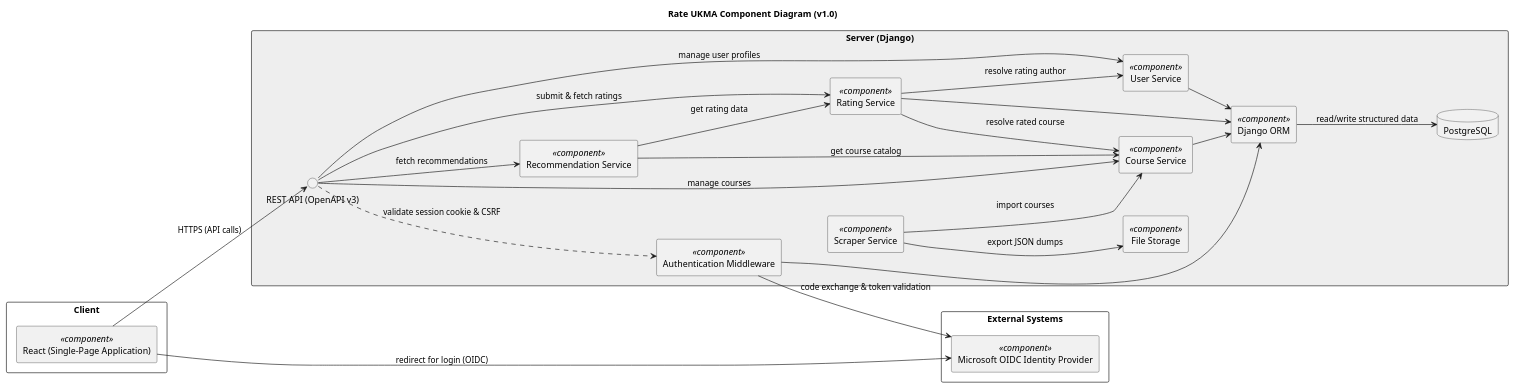
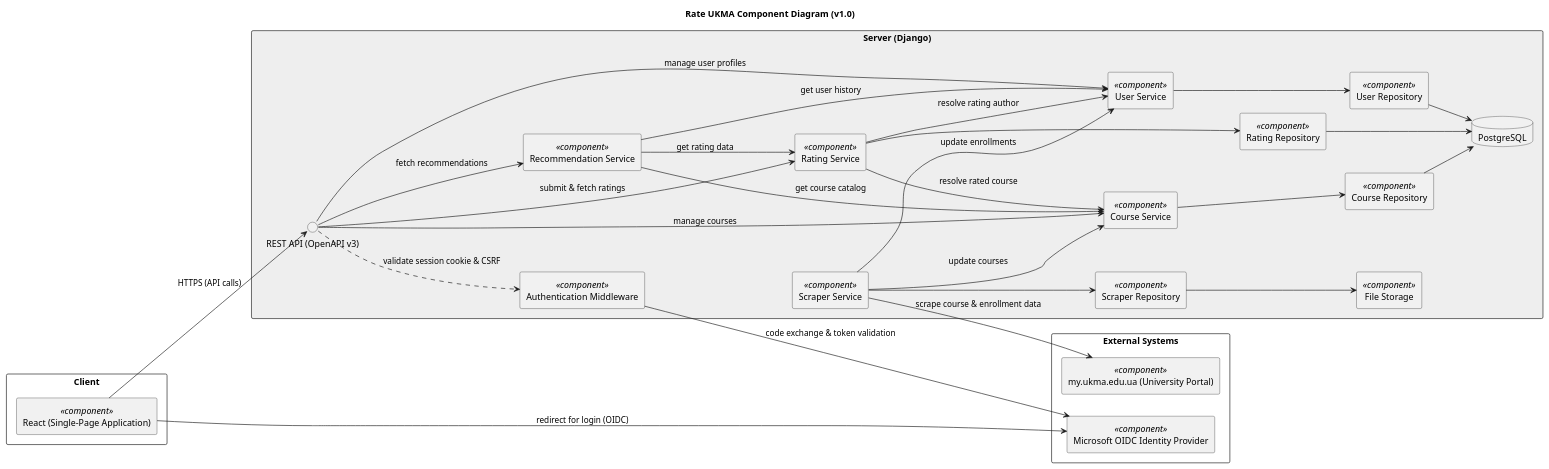
One commit to ukma-cs-ssdm-2025/rate-ukma changed the diagram in docs/architecture/uml/component-diagram.puml. Above: the diagram before and after it, drawn with PlantUML. The commit also changed 1 other file, not shown here.

Commit message:
docs(#30): add repositories, ukma portal and missing relations

```diff
--- a/docs/architecture/uml/component-diagram.puml
+++ b/docs/architecture/uml/component-diagram.puml
@@ -1,58 +1,67 @@
 @startuml component-diagram
 title Rate UKMA Component Diagram (v1.0)
 
 skinparam componentStyle rectangle
 skinparam packageStyle rectangle
 left to right direction
 
 package "Client" {
   [React (Single-Page Application)] <<component>> as WebApp
 }
 
 package "External Systems" {
   [Microsoft OIDC Identity Provider] <<component>> as MicrosoftOIDC
+  [my.ukma.edu.ua (University Portal)] <<component>> as UkmaPortal
 }
 
 package "Server (Django)" #EEE {
 
   interface "REST API (OpenAPI v3)" as RestFacade
 
   [Authentication Middleware] <<component>> as AuthMiddleware
   [Recommendation Service]   <<component>> as RecommendationService
   [Rating Service]           <<component>> as RatingService
   [Course Service]           <<component>> as CourseService
   [User Service]             <<component>> as UserService
   [Scraper Service]          <<component>> as ScraperService
-  [Django ORM]               <<component>> as DjangoORM
-  [File Storage]             <<component>> as FileStorage
-  
-  database "PostgreSQL" as PostgreSQL
+
+  [Course Repository]        <<component>> as CourseRepository
+  [Rating Repository]        <<component>> as RatingRepository
+  [User Repository]          <<component>> as UserRepository
+  [Scraper Repository]       <<component>> as ScraperRepository
+
+  [File Storage]     <<component>> as FileStorage
+  database "PostgreSQL"      as PostgreSQL
 
   RestFacade --> RecommendationService : fetch recommendations
   RestFacade --> RatingService         : submit & fetch ratings
   RestFacade --> CourseService         : manage courses
   RestFacade --> UserService           : manage user profiles
 
   RestFacade ..> AuthMiddleware        : validate session cookie & CSRF
 
   RecommendationService --> RatingService   : get rating data
   RecommendationService --> CourseService   : get course catalog
+  RecommendationService --> UserService     : get user history
   RatingService         --> UserService     : resolve rating author
   RatingService         --> CourseService   : resolve rated course
-  ScraperService        --> CourseService   : import courses
+  ScraperService        --> CourseService   : update courses
+  ScraperService        --> UserService     : update enrollments
 
-  AuthMiddleware  --> DjangoORM
-  CourseService   --> DjangoORM
-  RatingService   --> DjangoORM
-  UserService     --> DjangoORM
+  CourseService   --> CourseRepository
+  RatingService   --> RatingRepository
+  UserService     --> UserRepository
+  ScraperService  --> ScraperRepository
 
-  DjangoORM --> PostgreSQL : read/write structured data
-
-  ScraperService --> FileStorage : export JSON dumps
+  CourseRepository   --> PostgreSQL
+  RatingRepository   --> PostgreSQL
+  UserRepository     --> PostgreSQL
+  ScraperRepository  --> FileStorage
 }
 
 WebApp --> RestFacade       : HTTPS (API calls)
 WebApp --> MicrosoftOIDC    : redirect for login (OIDC)
 AuthMiddleware --> MicrosoftOIDC : code exchange & token validation
+ScraperService --> UkmaPortal    : scrape course & enrollment data
 
 @enduml
```
